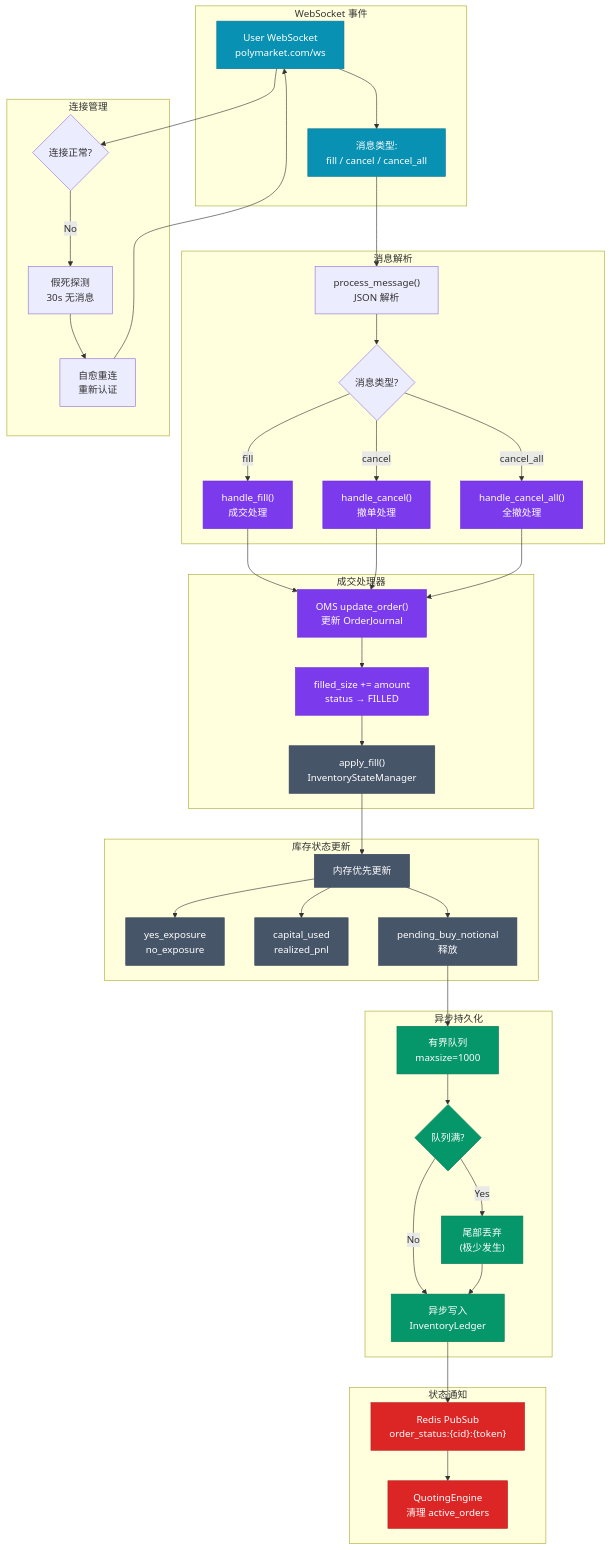
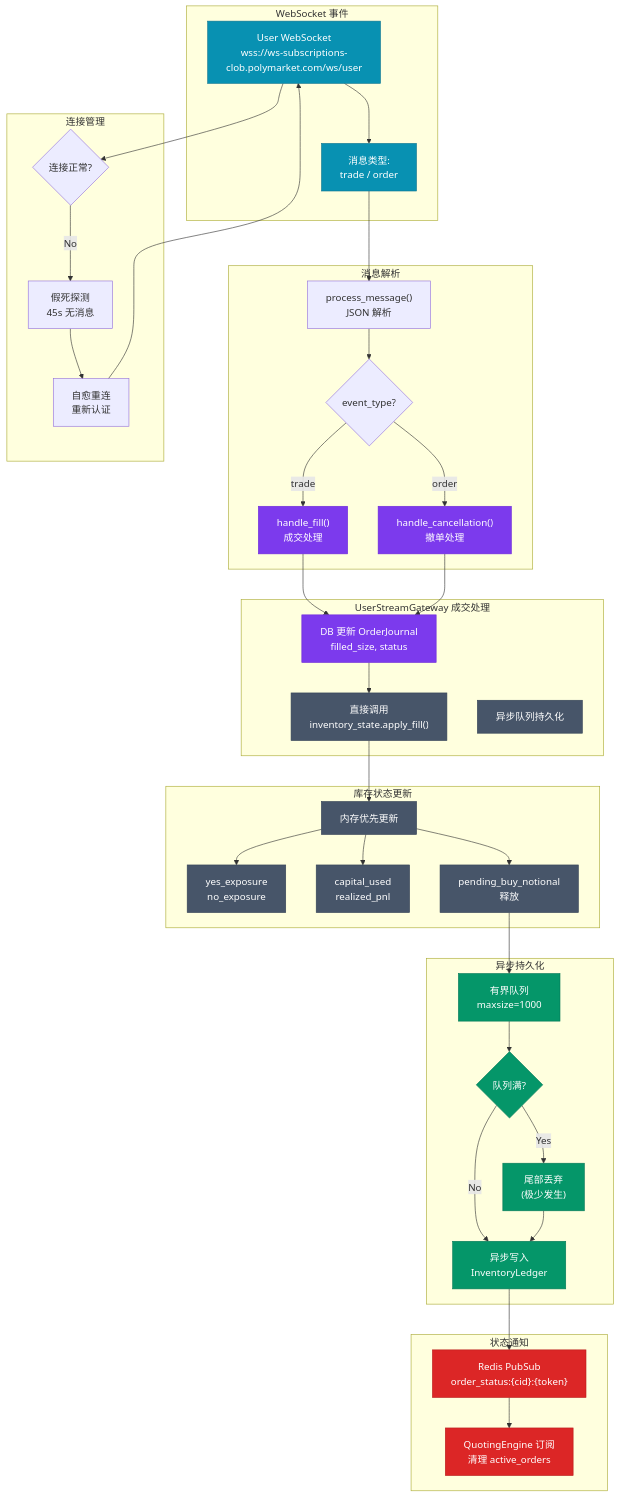
One commit to liu-kaining/PolyMatrixEngine changed the first of 3 diagrams in spec/architecture_diagrams/06_fill_processing_flow.md. Above: the diagram before and after it, drawn with Mermaid. The commit also changed other lines of this file and 11 other files, not shown here.

````diff
--- a/spec/architecture_diagrams/06_fill_processing_flow.md
+++ b/spec/architecture_diagrams/06_fill_processing_flow.md
@@ -9,22 +9,21 @@
 }}%%
 flowchart TB
     subgraph WS["WebSocket 事件"]
-        A["User WebSocket<br/>polymarket.com/ws"]
-        B["消息类型:<br/>fill / cancel / cancel_all"]
+        A["User WebSocket<br/>wss://ws-subscriptions-clob.polymarket.com/ws/user"]
+        B["消息类型:<br/>trade / order"]
     end
 
     subgraph Parse["消息解析"]
         C["process_message()<br/>JSON 解析"]
-        D{"消息类型?"}
+        D{"event_type?"}
         E["handle_fill()<br/>成交处理"]
-        F["handle_cancel()<br/>撤单处理"]
-        G["handle_cancel_all()<br/>全撤处理"]
+        F["handle_cancellation()<br/>撤单处理"]
     end
 
-    subgraph FillHandler["成交处理器"]
-        H["OMS update_order()<br/>更新 OrderJournal"]
-        I["filled_size += amount<br/>status → FILLED"]
-        J["apply_fill()<br/>InventoryStateManager"]
+    subgraph FillHandler["UserStreamGateway 成交处理"]
+        H["DB 更新 OrderJournal<br/>filled_size, status"]
+        I["直接调用<br/>inventory_state.apply_fill()"]
+        J["异步队列持久化"]
     end
 
     subgraph InvUpdate["库存状态更新"]
@@ -43,12 +42,12 @@
 
     subgraph Notify["状态通知"]
         S["Redis PubSub<br/>order_status:{cid}:{token}"]
-        T["QuotingEngine<br/>清理 active_orders"]
+        T["QuotingEngine 订阅<br/>清理 active_orders"]
     end
 
     subgraph Close["连接管理"]
         U{"连接正常?"}
-        V["假死探测<br/>30s 无消息"]
+        V["假死探测<br/>45s 无消息"]
         W["自愈重连<br/>重新认证"]
     end
 
@@ -56,18 +55,14 @@
     A --> B
     B --> C
     C --> D
-    D -->|fill| E
-    D -->|cancel| F
-    D -->|cancel_all| G
+    D -->|trade| E
+    D -->|order| F
 
     E --> H
     F --> H
-    G --> H
 
     H --> I
-    I --> J
-
-    J --> K
+    I --> K
     K --> L
     K --> M
     K --> N
@@ -94,8 +89,8 @@
     classDef notify fill:#dc2626,stroke:#b91c1c,color:#fff
 
     class A,B ws
-    class E,F,G,H,I handler
-    class J,K,L,M,N memory
+    class E,F,H handler
+    class I,J,K,L,M,N memory
     class O,P,Q,R persist
     class S,T notify
 ```
````
